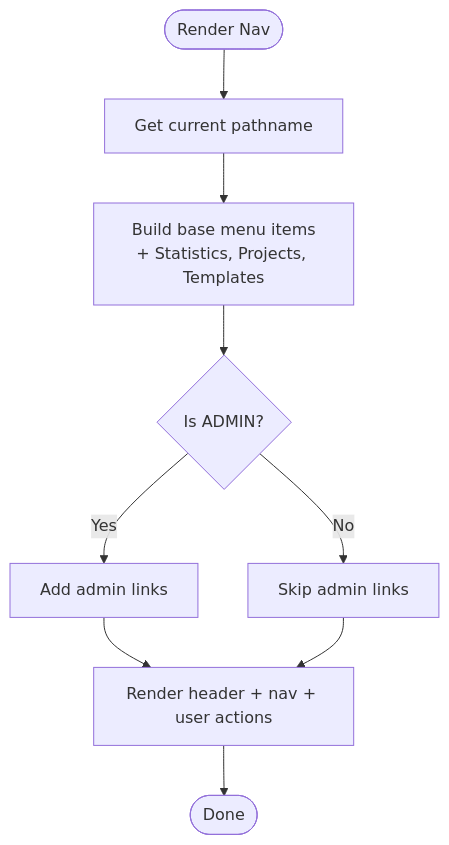
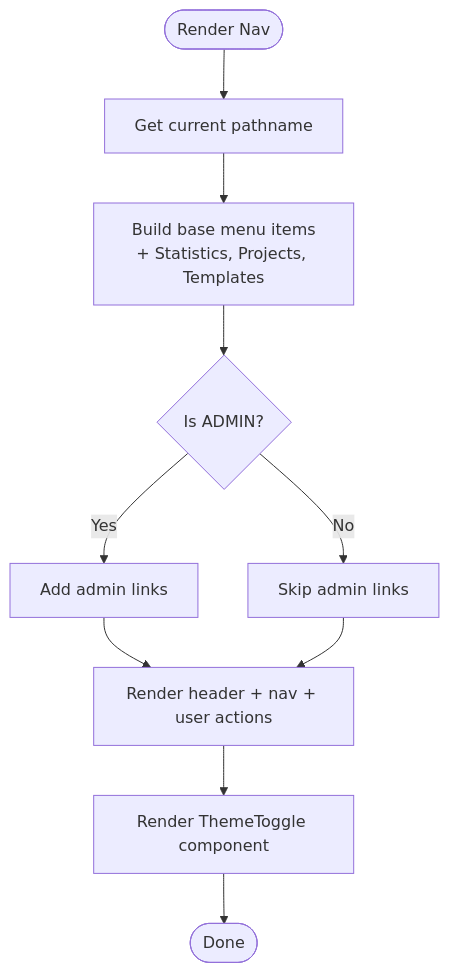
The third of 13 diagrams in .qoder/repowiki/en/content/Frontend Components/Frontend Components.md (jrj444/git-daily), drawn with Mermaid before and after one commit. The commit also changed other lines of this file and 4 other files, not shown here.

````diff
--- a/.qoder/repowiki/en/content/Frontend Components/Frontend Components.md
+++ b/.qoder/repowiki/en/content/Frontend Components/Frontend Components.md
@@ -243,11 +276,12 @@
 ```mermaid
 flowchart TD
 Start(["Render Nav"]) --> GetPath["Get current pathname"]
 GetPath --> BuildItems["Build base menu items<br/>+ Statistics, Projects, Templates"]
 BuildItems --> CheckRole{"Is ADMIN?"}
 CheckRole --> |Yes| AddAdmin["Add admin links"]
 CheckRole --> |No| SkipAdmin["Skip admin links"]
 AddAdmin --> RenderNav["Render header + nav + user actions"]
 SkipAdmin --> RenderNav
-RenderNav --> End(["Done"])
+RenderNav --> ThemeToggle["Render ThemeToggle component"]
+ThemeToggle --> End(["Done"])
 ```
````
